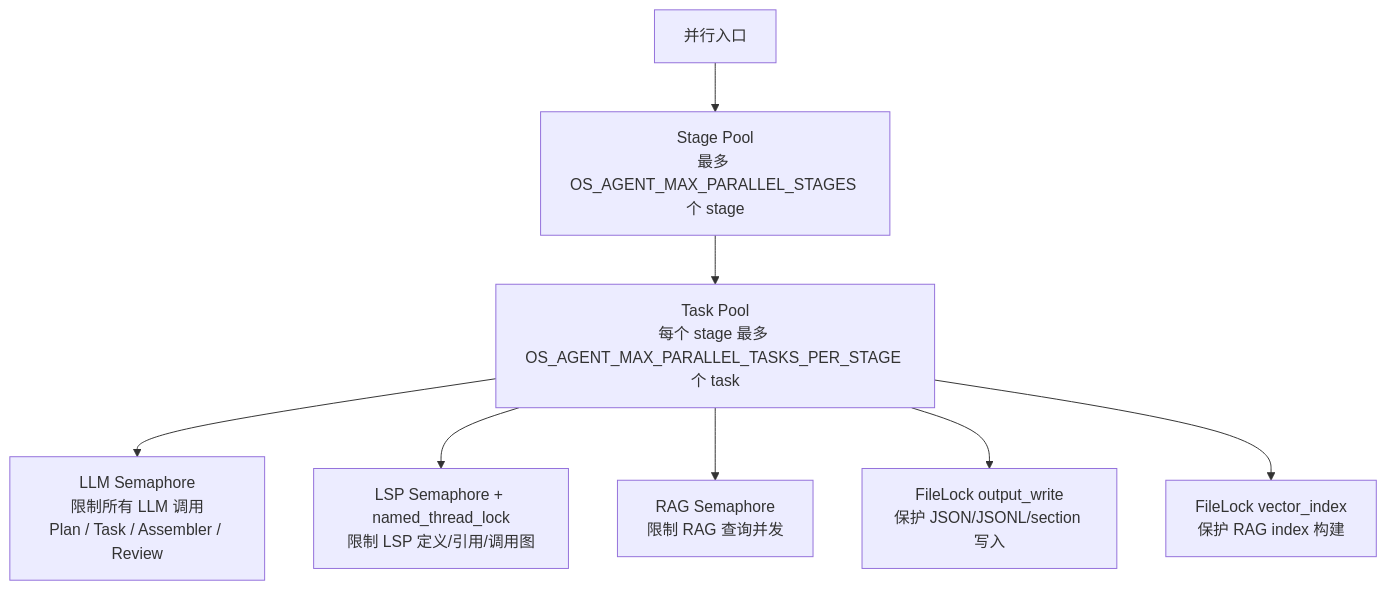
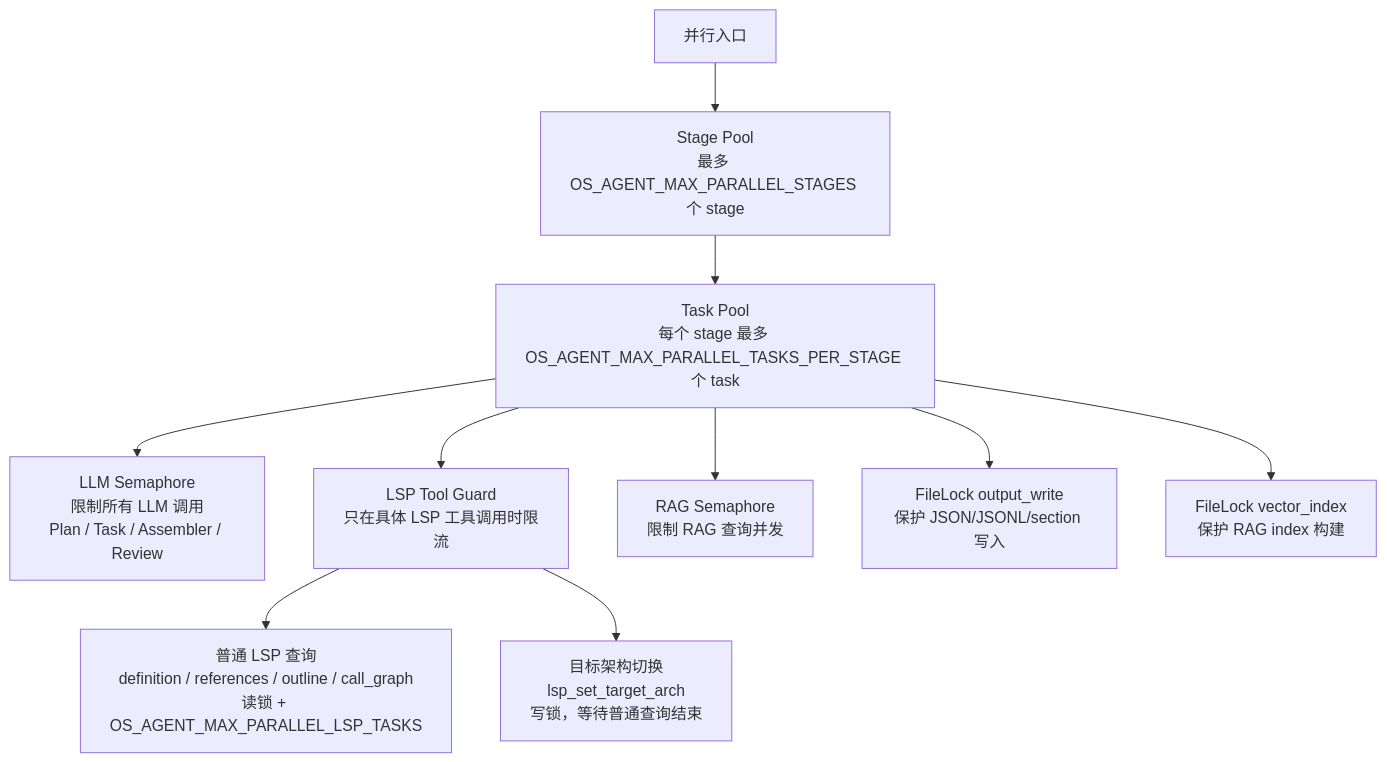
The fourth of 7 diagrams in CodeReview.md (Freefor100/OS-Agent), drawn with Mermaid before and after one commit. The commit also changed other lines of this file and 245 other files, not shown here.

````diff
--- a/CodeReview.md
+++ b/CodeReview.md
@@ -795,11 +799,14 @@
 ```mermaid
 flowchart TD
     P0["并行入口"] --> P1["Stage Pool<br/>最多 OS_AGENT_MAX_PARALLEL_STAGES 个 stage"]
     P1 --> P2["Task Pool<br/>每个 stage 最多 OS_AGENT_MAX_PARALLEL_TASKS_PER_STAGE 个 task"]
 
     P2 --> L1["LLM Semaphore<br/>限制所有 LLM 调用<br/>Plan / Task / Assembler / Review"]
-    P2 --> L2["LSP Semaphore + named_thread_lock<br/>限制 LSP 定义/引用/调用图"]
+    P2 --> L2["LSP Tool Guard<br/>只在具体 LSP 工具调用时限流"]
     P2 --> L3["RAG Semaphore<br/>限制 RAG 查询并发"]
     P2 --> L4["FileLock output_write<br/>保护 JSON/JSONL/section 写入"]
     P2 --> L5["FileLock vector_index<br/>保护 RAG index 构建"]
+
+    L2 --> L21["普通 LSP 查询<br/>definition / references / outline / call_graph<br/>读锁 + OS_AGENT_MAX_PARALLEL_LSP_TASKS"]
+    L2 --> L22["目标架构切换<br/>lsp_set_target_arch<br/>写锁，等待普通查询结束"]
 ```
````
